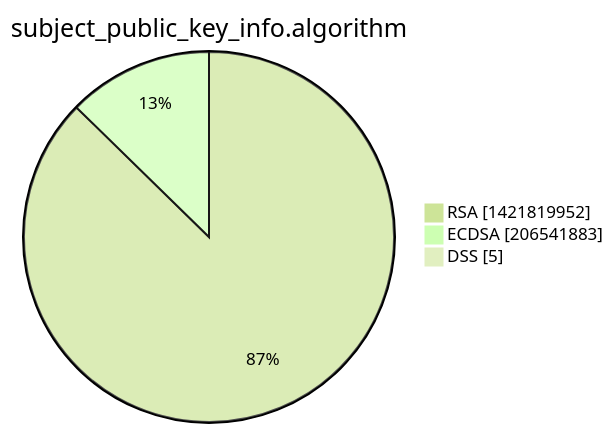
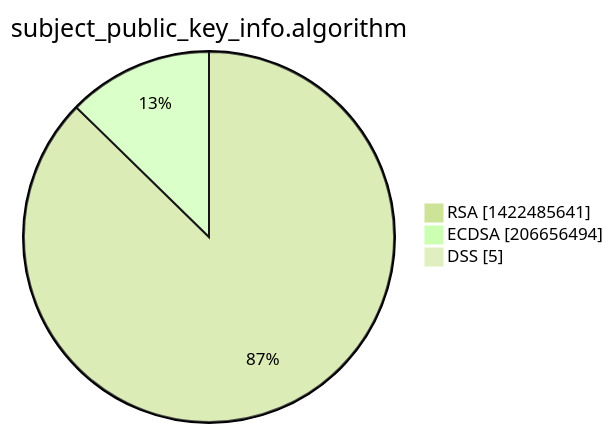
The third of 15 diagrams in xenon2022/README.md (christiankrug/ctmonitor_visualization), drawn with Mermaid (forest theme) before and after one commit. The commit also changed other lines of this file, not shown here.

````diff
--- a/xenon2022/README.md
+++ b/xenon2022/README.md
@@ -14,7 +14,7 @@
 ```mermaid
 pie showData
 title subject_public_key_info.algorithm
-"RSA" :1421819952
-"ECDSA" :206541883
+"RSA" :1422485641
+"ECDSA" :206656494
 "DSS" :5
 ```
````
